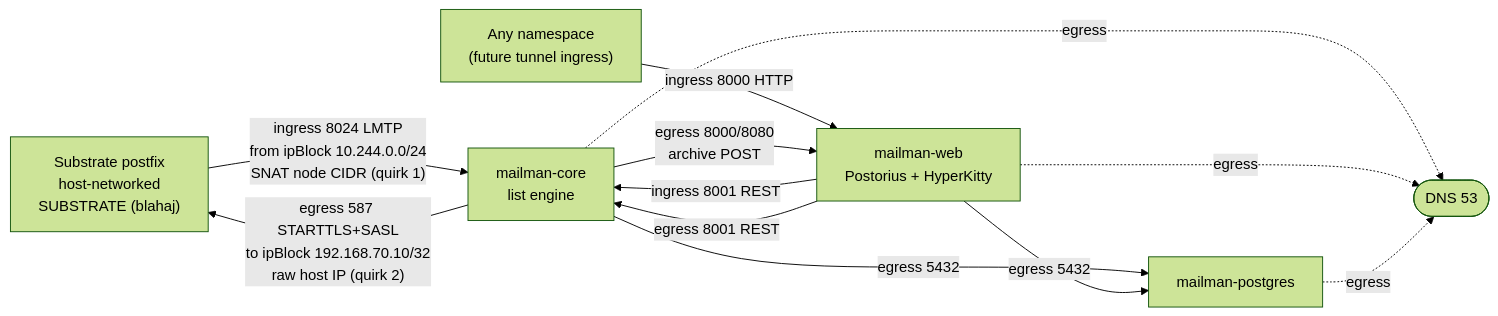
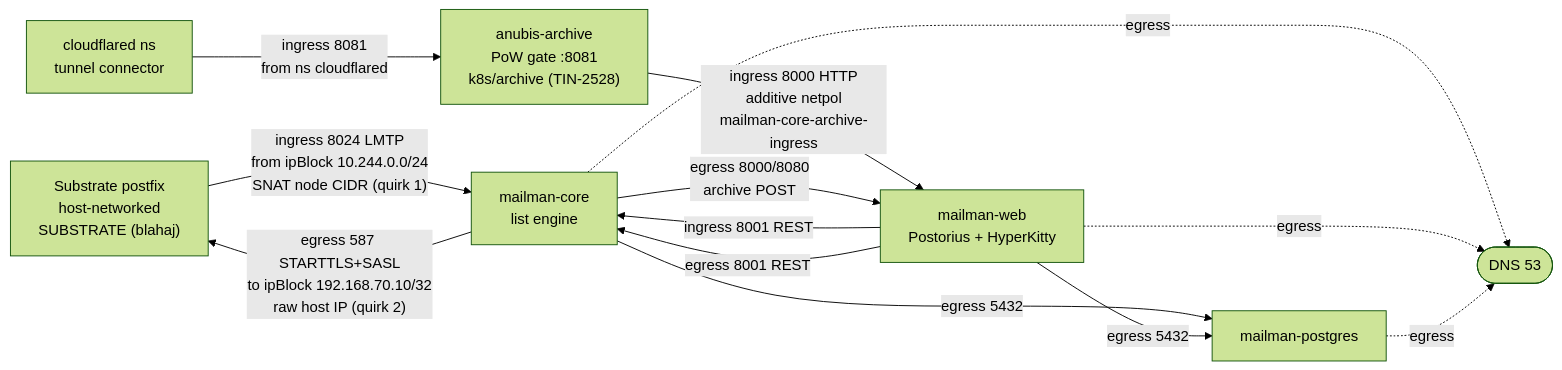
Before and after one commit to Great-Falls-Tool-Bus/great-falls-tool-bus-infra: the second of 5 diagrams in docs/architecture/diagrams.md, drawn with Mermaid (forest theme). The commit also changed other lines of this file and 4 other files, not shown here.

````diff
--- a/docs/architecture/diagrams.md
+++ b/docs/architecture/diagrams.md
@@ -88,21 +100,23 @@
 ```mermaid
 flowchart LR
     postfix["Substrate postfix<br/>host-networked<br/>SUBSTRATE (blahaj)"]
     web["mailman-web<br/>Postorius + HyperKitty"]
     core["mailman-core<br/>list engine"]
     pg["mailman-postgres"]
-    anyns["Any namespace<br/>(future tunnel ingress)"]
+    cfns["cloudflared ns<br/>tunnel connector"]
+    anubisarc["anubis-archive<br/>PoW gate :8081<br/>k8s/archive (TIN-2528)"]
     dns(["DNS 53"])
 
     postfix -->|"ingress 8024 LMTP<br/>from ipBlock 10.244.0.0/24<br/>SNAT node CIDR (quirk 1)"| core
     web -->|"ingress 8001 REST"| core
-    anyns -->|"ingress 8000 HTTP"| web
+    cfns -->|"ingress 8081<br/>from ns cloudflared"| anubisarc
+    anubisarc -->|"ingress 8000 HTTP<br/>additive netpol<br/>mailman-core-archive-ingress"| web
     core -->|"egress 587 STARTTLS+SASL<br/>to ipBlock 192.168.70.10/32<br/>raw host IP (quirk 2)"| postfix
     core -->|"egress 5432"| pg
     core -->|"egress 8000/8080<br/>archive POST"| web
     web -->|"egress 8001 REST"| core
     web -->|"egress 5432"| pg
     core -.->|"egress"| dns
     web -.->|"egress"| dns
     pg -.->|"egress"| dns
 ```
````
